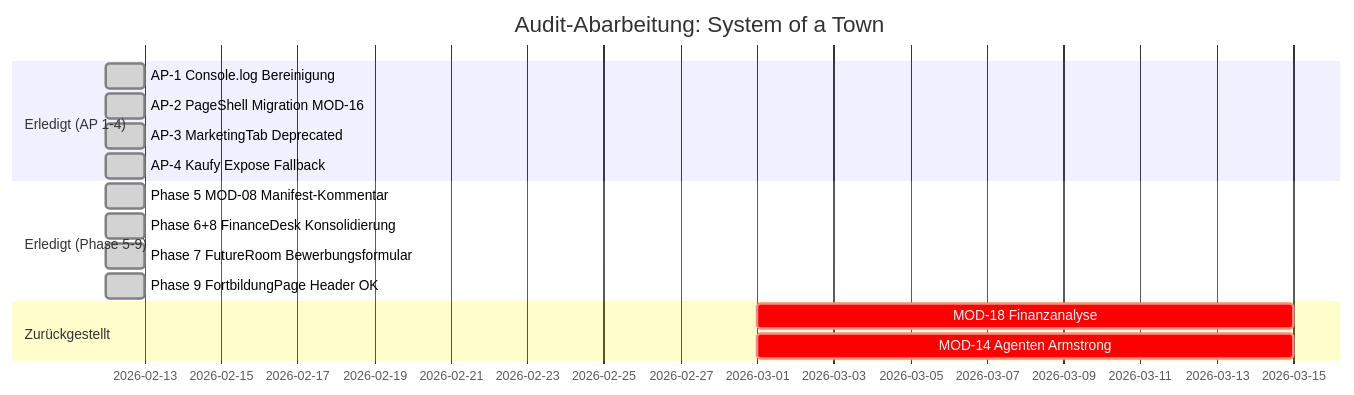
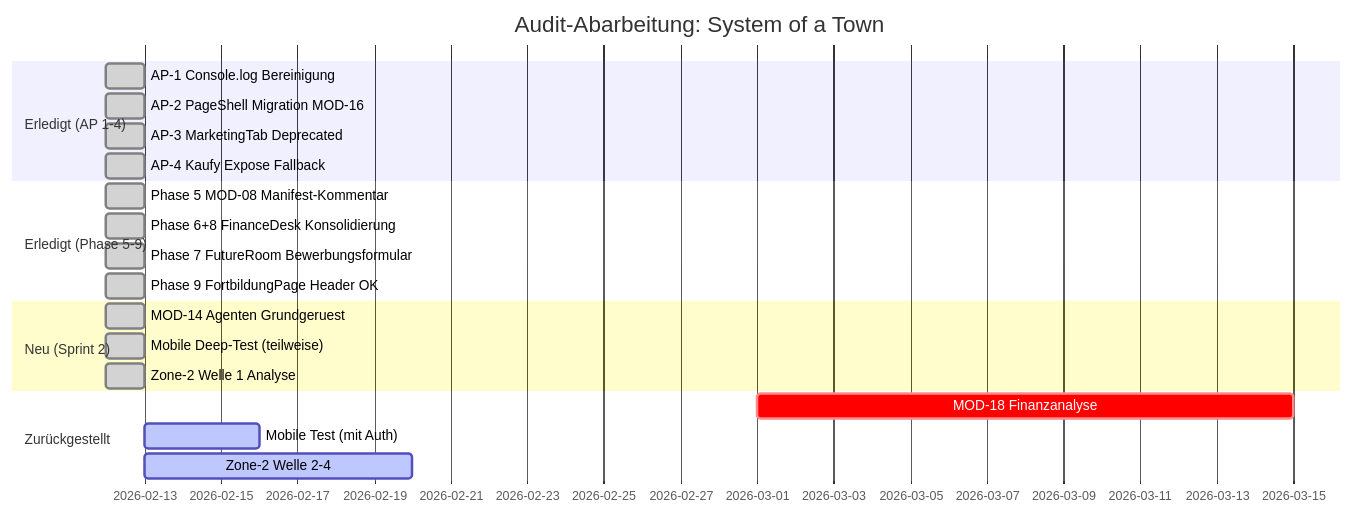
The diagram in src/docs/audit-tracker.md (thomasstelzl1981/town-square-platform), drawn with Mermaid before and after one commit. The commit also changed other lines of this file and 6 other files, not shown here.

````diff
--- a/src/docs/audit-tracker.md
+++ b/src/docs/audit-tracker.md
@@ -5,18 +5,23 @@
 ```mermaid
 gantt
     title Audit-Abarbeitung: System of a Town
     dateFormat  YYYY-MM-DD
     section Erledigt (AP 1-4)
     AP-1 Console.log Bereinigung       :done, ap1, 2026-02-12, 1d
     AP-2 PageShell Migration MOD-16    :done, ap2, 2026-02-12, 1d
     AP-3 MarketingTab Deprecated       :done, ap3, 2026-02-12, 1d
     AP-4 Kaufy Expose Fallback         :done, ap4, 2026-02-12, 1d
     section Erledigt (Phase 5-9)
     Phase 5 MOD-08 Manifest-Kommentar  :done, p5, 2026-02-12, 1d
     Phase 6+8 FinanceDesk Konsolidierung :done, p6, 2026-02-12, 1d
     Phase 7 FutureRoom Bewerbungsformular :done, p7, 2026-02-12, 1d
     Phase 9 FortbildungPage Header OK  :done, p9, 2026-02-12, 1d
+    section Neu (Sprint 2)
+    MOD-14 Agenten Grundgeruest        :done, a14, 2026-02-12, 1d
+    Mobile Deep-Test (teilweise)       :done, mob, 2026-02-12, 1d
+    Zone-2 Welle 1 Analyse             :done, z2w1, 2026-02-12, 1d
     section Zurückgestellt
     MOD-18 Finanzanalyse               :crit, m18, 2026-03-01, 14d
-    MOD-14 Agenten Armstrong           :crit, m14, 2026-03-01, 14d
+    Mobile Test (mit Auth)             :active, mob2, 2026-02-13, 3d
+    Zone-2 Welle 2-4                   :active, z2w2, 2026-02-13, 7d
 ```
````
